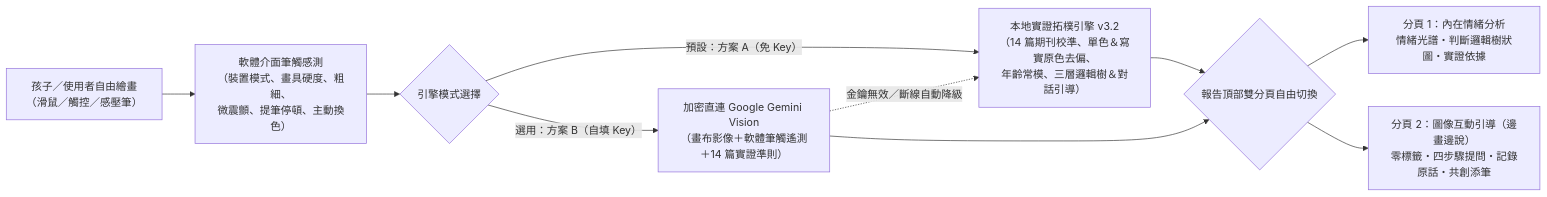
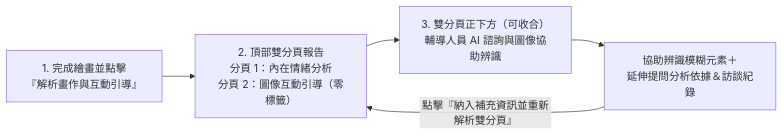
Before and after one commit to cpj0624/mindcanvas-drawing-psychology: the diagram in docs/操作SOP.md, drawn with Mermaid. The commit also changed other lines of this file and 6 other files, not shown here.

````diff
--- a/docs/操作SOP.md
+++ b/docs/操作SOP.md
@@ -16,12 +17,7 @@
 ```mermaid
 flowchart LR
-    A["孩子／使用者自由繪畫<br/>（滑鼠／觸控／感壓筆）"] --> B["軟體介面筆觸感測<br/>（裝置模式、畫具硬度、粗細、<br/>微震顫、提筆停頓、主動換色）"]
-    B --> C{"引擎模式選擇"}
-    C -- "預設：方案 A（免 Key）" --> D["本地實證拓樸引擎 v3.2<br/>（14 篇期刊校準、單色＆寫實原色去偏、<br/>年齡常模、三層邏輯樹＆對話引導）"]
-    C -- "選用：方案 B（自填 Key）" --> E["加密直連 Google Gemini Vision<br/>（畫布影像＋軟體筆觸遙測＋14 篇實證準則）"]
-    E -. "金鑰無效／斷線自動降級" .-> D
-    D --> F{"報告頂部雙分頁自由切換"}
-    E --> F
-    F --> G["分頁 1：內在情緒分析<br/>情緒光譜・判斷邏輯樹狀圖・實證依據"]
-    F --> H["分頁 2：圖像互動引導（邊畫邊說）<br/>零標籤・四步驟提問・記錄原話・共創添筆"]
+    A["1. 完成繪畫並點擊<br/>『解析畫作與互動引導』"] --> B["2. 頂部雙分頁報告<br/>分頁 1：內在情緒分析<br/>分頁 2：圖像互動引導（零標籤）"]
+    B --> C["3. 雙分頁正下方（可收合）<br/>輔導人員 AI 諮詢與圖像協助辨識"]
+    C --> D["協助辨識模糊元素＋<br/>延伸提問分析依據＆訪談紀錄"]
+    D -- "點擊『納入補充資訊並重新解析雙分頁』" --> B
 ```
````
